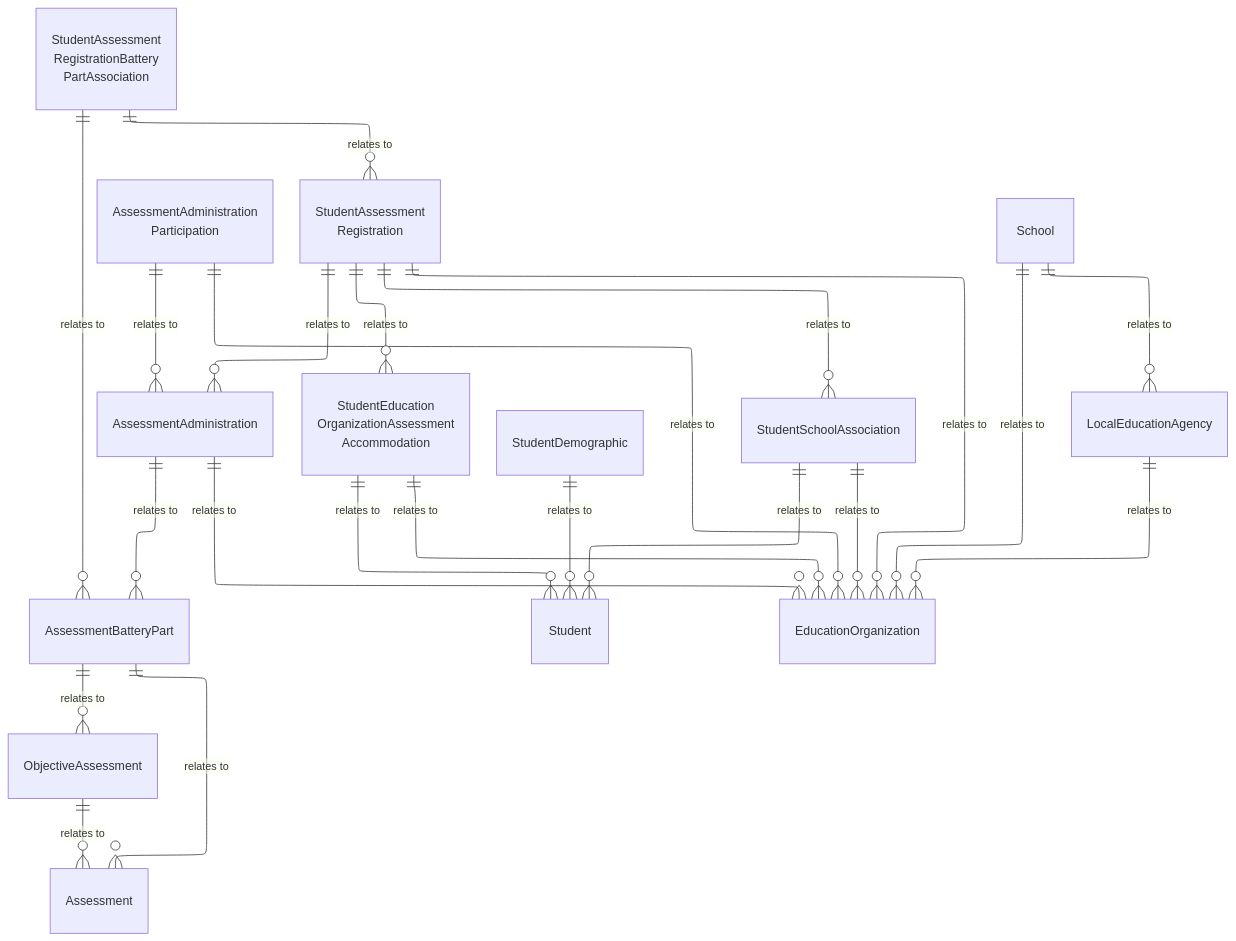
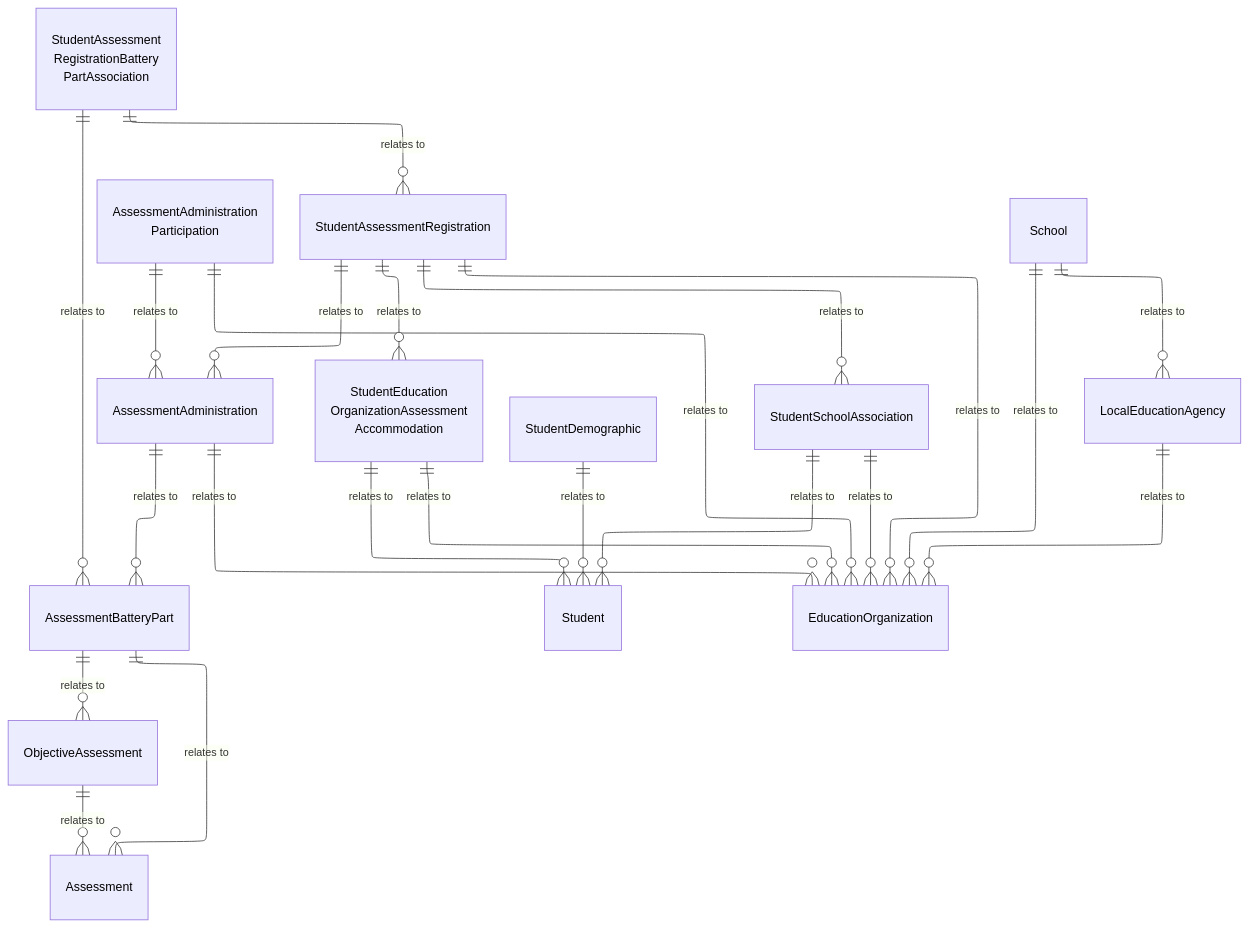
The diagram in dataStandard_versioned_docs/version-6/model-reference/assessment-registration-domain/model-diagrams.md (Ed-Fi-Alliance-OSS/ed-fi-alliance-oss.github.io), drawn with Mermaid before and after one commit. The commit also changed 24 other files, not shown here.

````diff
--- a/dataStandard_versioned_docs/version-6/model-reference/assessment-registration-domain/model-diagrams.md
+++ b/dataStandard_versioned_docs/version-6/model-reference/assessment-registration-domain/model-diagrams.md
@@ -11,58 +11,70 @@
 ```mermaid
 ---
-
 config:
   layout: elk
 ---
-
 erDiagram
     Assessment {
     }
     AssessmentAdministration {
     }
     AssessmentAdministrationParticipation["AssessmentAdministration<br/>Participation"] {
     }
     AssessmentBatteryPart {
     }
     ObjectiveAssessment {
     }
-    StudentAssessmentRegistration["StudentAssessment<br/>Registration"] {
+    StudentAssessmentRegistration {
     }
     StudentAssessmentRegistrationBatteryPartAssociation["StudentAssessment<br/>RegistrationBattery<br/>PartAssociation"] {
     }
     StudentEducationOrganizationAssessmentAccommodation["StudentEducation<br/>OrganizationAssessment<br/>Accommodation"] {
     }
     Student {
     }
     StudentDemographic {
     }
     StudentSchoolAssociation {
     }
     EducationOrganization {
     }
     LocalEducationAgency {
     }
     School {
     }
     School ||--o{ EducationOrganization : "relates to"
     School ||--o{ LocalEducationAgency : "relates to"
     LocalEducationAgency ||--o{ EducationOrganization : "relates to"
     AssessmentBatteryPart ||--o{ Assessment : "relates to"
     AssessmentBatteryPart ||--o{ ObjectiveAssessment : "relates to"
     ObjectiveAssessment ||--o{ Assessment : "relates to"
     AssessmentAdministration ||--o{ AssessmentBatteryPart : "relates to"
     AssessmentAdministration ||--o{ EducationOrganization : "relates to"
     AssessmentAdministrationParticipation ||--o{ AssessmentAdministration : "relates to"
     AssessmentAdministrationParticipation ||--o{ EducationOrganization : "relates to"
     StudentAssessmentRegistration ||--o{ AssessmentAdministration : "relates to"
     StudentAssessmentRegistration ||--o{ StudentSchoolAssociation : "relates to"
     StudentAssessmentRegistration ||--o{ EducationOrganization : "relates to"
     StudentAssessmentRegistration ||--o{ StudentEducationOrganizationAssessmentAccommodation : "relates to"
     StudentAssessmentRegistrationBatteryPartAssociation ||--o{ StudentAssessmentRegistration : "relates to"
     StudentAssessmentRegistrationBatteryPartAssociation ||--o{ AssessmentBatteryPart : "relates to"
     StudentEducationOrganizationAssessmentAccommodation ||--o{ Student : "relates to"
     StudentEducationOrganizationAssessmentAccommodation ||--o{ EducationOrganization : "relates to"
     StudentSchoolAssociation ||--o{ Student : "relates to"
     StudentSchoolAssociation ||--o{ EducationOrganization : "relates to"
     StudentDemographic ||--o{ Student : "relates to"
+    style Assessment color:#000000
+    style AssessmentAdministration color:#000000
+    style AssessmentAdministrationParticipation color:#000000
+    style AssessmentBatteryPart color:#000000
+    style ObjectiveAssessment color:#000000
+    style StudentAssessmentRegistration color:#000000
+    style StudentAssessmentRegistrationBatteryPartAssociation color:#000000
+    style StudentEducationOrganizationAssessmentAccommodation color:#000000
+    style Student color:#000000
+    style StudentDemographic color:#000000
+    style StudentSchoolAssociation color:#000000
+    style EducationOrganization color:#000000
+    style LocalEducationAgency color:#000000
+    style School color:#000000
 ```
````
